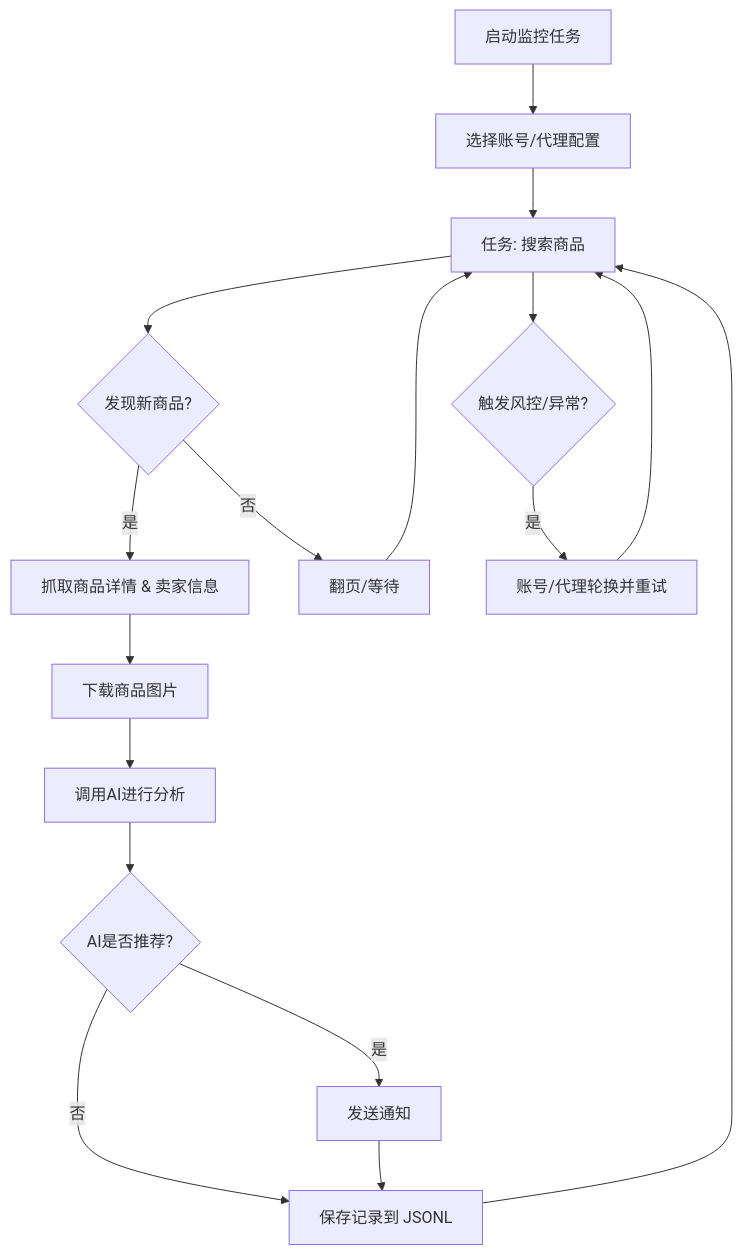
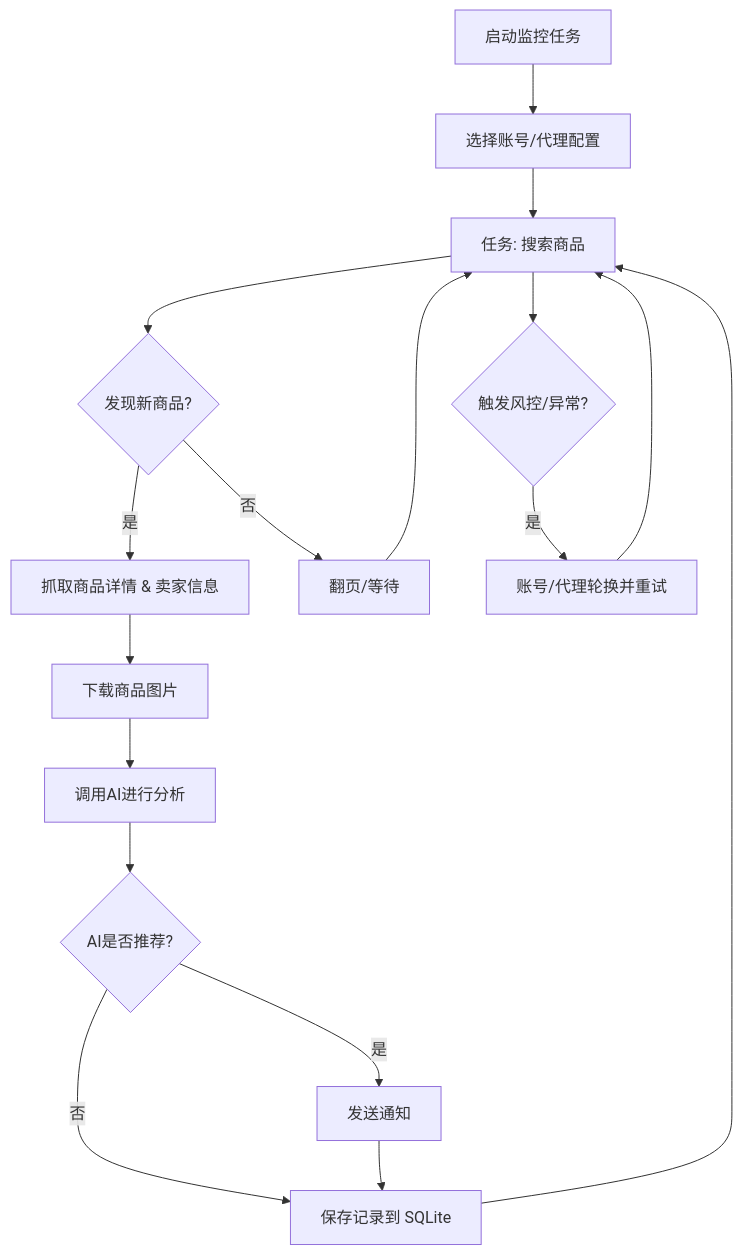
The diagram in README.md (Xboxpig/xianyu-monitor), drawn with Mermaid before and after one commit. The commit also changed other lines of this file and 29 other files, not shown here.

````diff
--- a/README.md
+++ b/README.md
@@ -221,19 +233,19 @@
 ```mermaid
 graph TD
     A[启动监控任务] --> B[选择账号/代理配置];
     B --> C[任务: 搜索商品];
     C --> D{发现新商品?};
     D -- 是 --> E[抓取商品详情 & 卖家信息];
     E --> F[下载商品图片];
     F --> G[调用AI进行分析];
     G --> H{AI是否推荐?};
     H -- 是 --> I[发送通知];
-    H -- 否 --> J[保存记录到 JSONL];
+    H -- 否 --> J[保存记录到 SQLite];
     I --> J;
     D -- 否 --> K[翻页/等待];
     K --> C;
     J --> C;
     C --> L{触发风控/异常?};
     L -- 是 --> M[账号/代理轮换并重试];
     M --> C;
 ```
````
